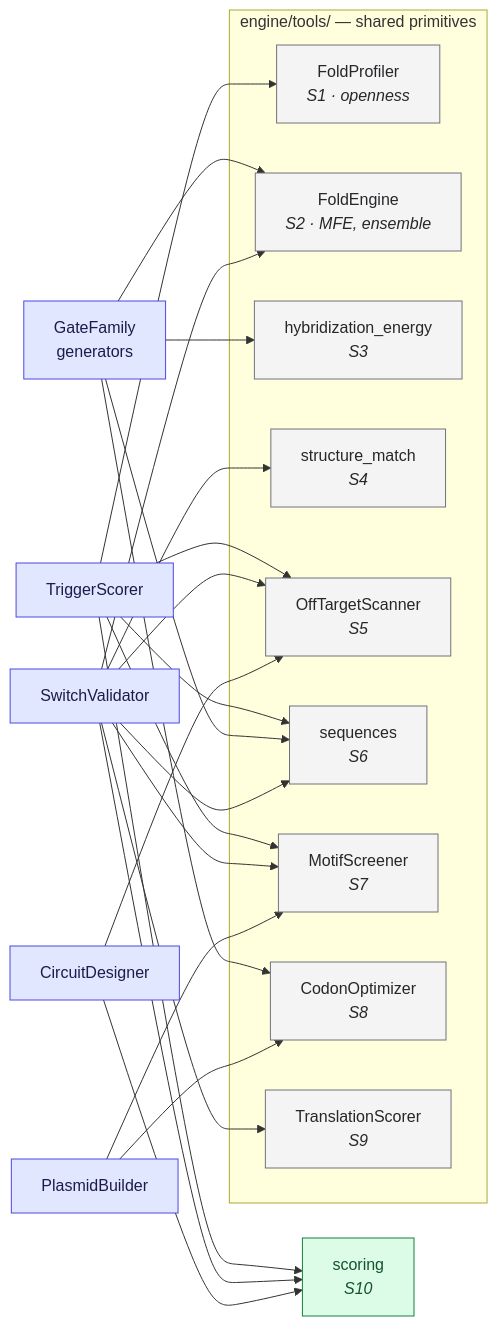
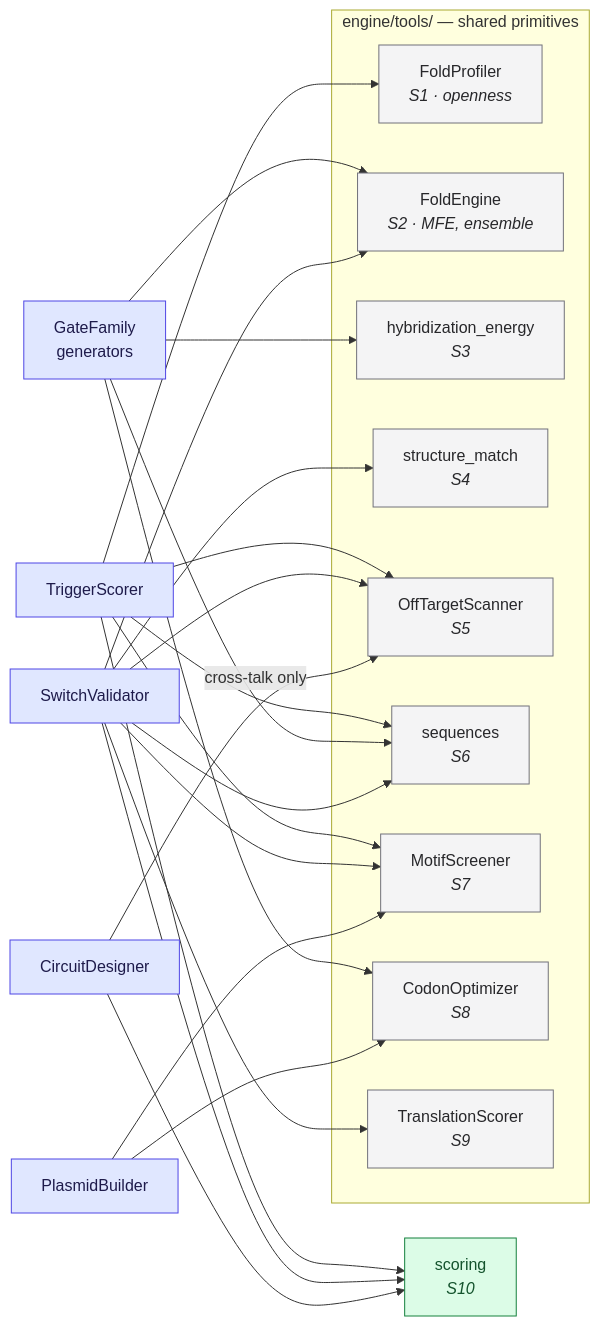
Before and after one commit to zivbental/cernal_software: the third of 7 diagrams in docs/engine-map.md, drawn with Mermaid. The commit also changed other lines of this file and 1 other file, not shown here.

First line of the commit message:
Define what a "tool" is, and correct the tools diagram

````diff
--- a/docs/engine-map.md
+++ b/docs/engine-map.md
@@ -120,37 +120,37 @@
 ```mermaid
 flowchart LR
     subgraph tools["engine/tools/ — shared primitives"]
         S1["FoldProfiler<br/><i>S1 · openness</i>"]
         S2["FoldEngine<br/><i>S2 · MFE, ensemble</i>"]
         S3["hybridization_energy<br/><i>S3</i>"]
         S4["structure_match<br/><i>S4</i>"]
         S5["OffTargetScanner<br/><i>S5</i>"]
         S6["sequences<br/><i>S6</i>"]
         S7["MotifScreener<br/><i>S7</i>"]
         S8["CodonOptimizer<br/><i>S8</i>"]
         S9["TranslationScorer<br/><i>S9</i>"]
     end
 
     TS["TriggerScorer"]
     GEN["GateFamily<br/>generators"]
     VAL["SwitchValidator"]
     CD["CircuitDesigner"]
     PB["PlasmidBuilder"]
     SC["scoring<br/><i>S10</i>"]
 
     TS --> S1 & S5 & S6 & S7
     GEN --> S2 & S3 & S6 & S8
     VAL --> S2 & S4 & S5 & S6 & S7 & S9
-    CD --> S5
+    CD -->|"cross-talk only"| S5
     PB --> S7 & S8
     TS --> SC
     VAL --> SC
     CD --> SC
 
     classDef tool fill:#f4f4f5,stroke:#71717a,color:#27272a
     classDef built fill:#dcfce7,stroke:#15803d,color:#14532d
     classDef user fill:#e0e7ff,stroke:#4f46e5,color:#1e1b4b
     class S1,S2,S3,S4,S5,S6,S7,S8,S9 tool
     class SC built
     class TS,GEN,VAL,CD,PB user
 ```
````
